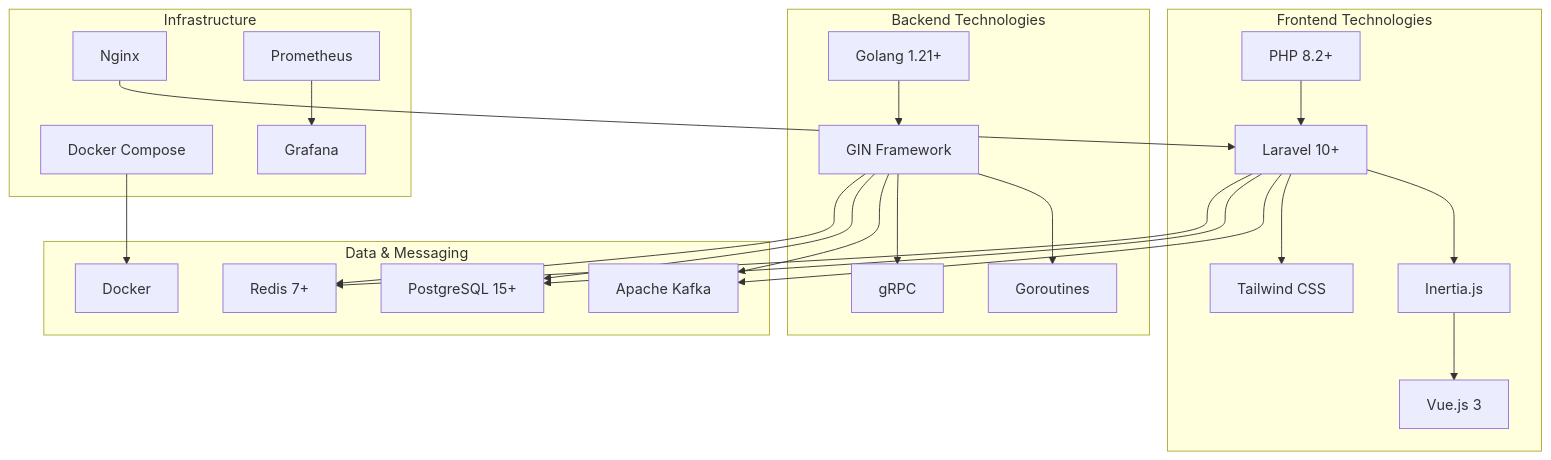
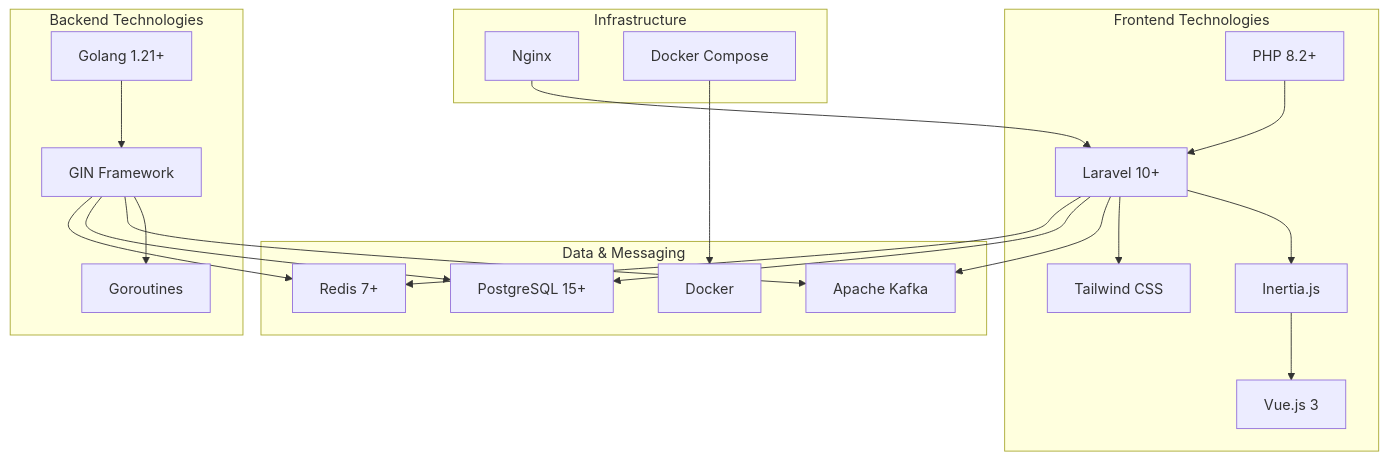
One commit to jaroteko18/labs changed the first of 5 diagrams in hybrid-php-golang-project-documentation.md. Above: the diagram before and after it, drawn with Mermaid.

Commit message:
Refactor documentation structure for clarity and consistency in the hybrid PHP-Golang project. Updated subgraph labels and connections in the architecture diagram.

````diff
--- a/hybrid-php-golang-project-documentation.md
+++ b/hybrid-php-golang-project-documentation.md
@@ -14,53 +14,48 @@
 ```mermaid
 graph TD
     subgraph "Frontend Technologies"
         A[PHP 8.2+]
         B[Laravel 10+]
         C[Inertia.js]
         D[Vue.js 3]
         E[Tailwind CSS]
     end
     
     subgraph "Backend Technologies"
         F[Golang 1.21+]
         G[GIN Framework]
         H[Goroutines]
-        I[gRPC]
     end
     
     subgraph "Data & Messaging"
-        J[PostgreSQL 15+]
-        K[Redis 7+]
-        L[Apache Kafka]
-        M[Docker]
+        I[PostgreSQL 15+]
+        J[Redis 7+]
+        K[Apache Kafka]
+        L[Docker]
     end
     
     subgraph "Infrastructure"
-        N[Nginx]
-        O[Docker Compose]
-        P[Prometheus]
-        Q[Grafana]
+        M[Nginx]
+        N[Docker Compose]
     end
     
     A --> B
     B --> C
     C --> D
     B --> E
     
     F --> G
     G --> H
+    
+    B --> K
+    G --> K
+    
+    B --> I
     G --> I
-    
-    B --> L
-    G --> L
     
     B --> J
     G --> J
     
-    B --> K
-    G --> K
-    
-    O --> M
-    N --> B
-    P --> Q
+    N --> L
+    M --> B
 ```
````
